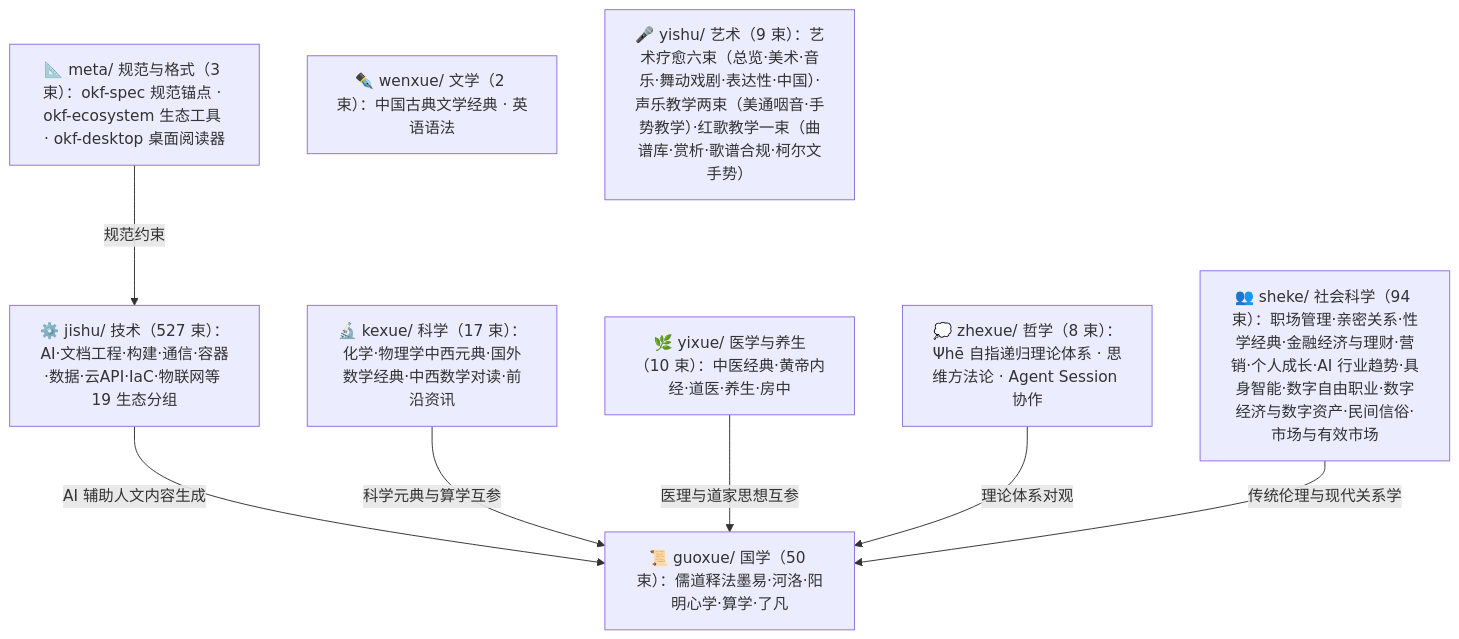
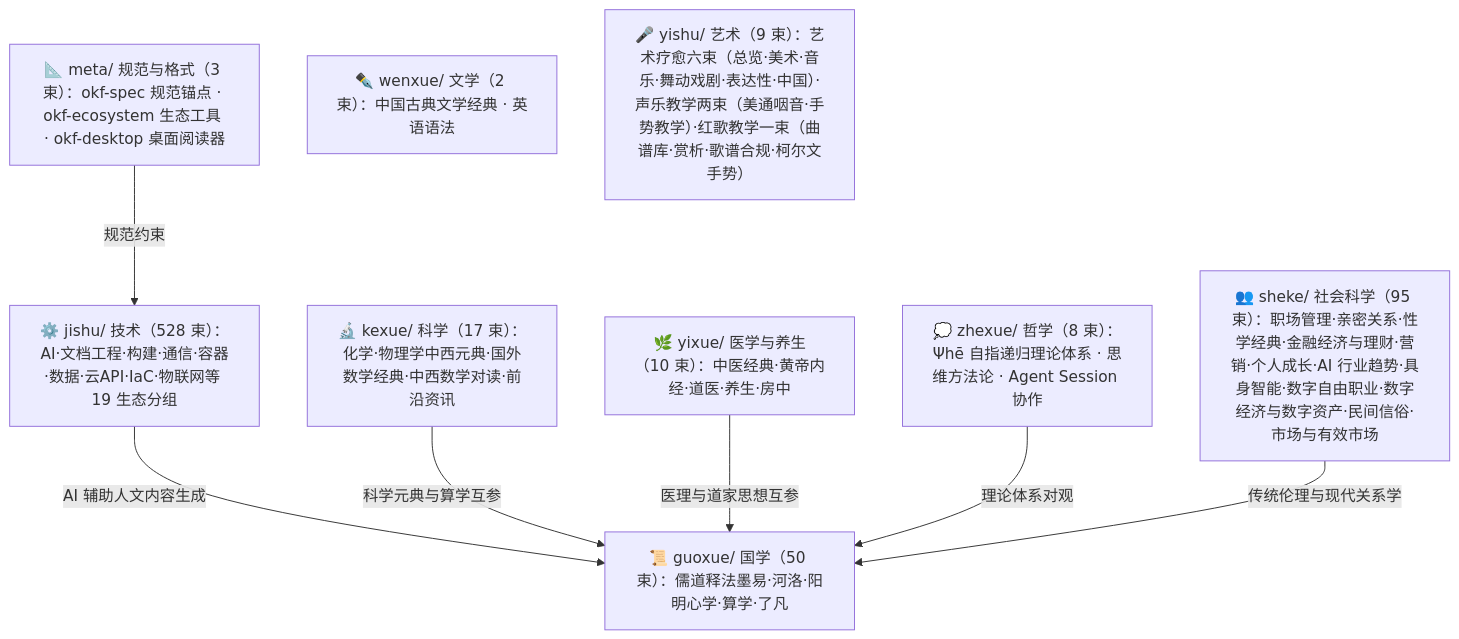
Before and after one commit to awesome-flexloop/awesome-okf: the diagram in doc/bundles/index.md, drawn with Mermaid. The commit also changed other lines of this file and 44 other files, not shown here.

````diff
--- a/doc/bundles/index.md
+++ b/doc/bundles/index.md
@@ -21,18 +21,18 @@
 ```mermaid
 flowchart TD
     meta["📐 meta/ 规范与格式（3 束）：okf-spec 规范锚点 · okf-ecosystem 生态工具 · okf-desktop 桌面阅读器"]
     guoxue["📜 guoxue/ 国学（50 束）：儒道释法墨易·河洛·阳明心学·算学·了凡"]
     zhexue["💭 zhexue/ 哲学（8 束）：Ψhē 自指递归理论体系 · 思维方法论 · Agent Session 协作"]
     kexue["🔬 kexue/ 科学（17 束）：化学·物理学中西元典·国外数学经典·中西数学对读·前沿资讯"]
     wenxue["✒️ wenxue/ 文学（2 束）：中国古典文学经典 · 英语语法"]
     yixue["🌿 yixue/ 医学与养生（10 束）：中医经典·黄帝内经·道医·养生·房中"]
-    sheke["👥 sheke/ 社会科学（94 束）：职场管理·亲密关系·性学经典·金融经济与理财·营销·个人成长·AI 行业趋势·具身智能·数字自由职业·数字经济与数字资产·民间信俗·市场与有效市场"]
+    sheke["👥 sheke/ 社会科学（95 束）：职场管理·亲密关系·性学经典·金融经济与理财·营销·个人成长·AI 行业趋势·具身智能·数字自由职业·数字经济与数字资产·民间信俗·市场与有效市场"]
     yishu["🎤 yishu/ 艺术（9 束）：艺术疗愈六束（总览·美术·音乐·舞动戏剧·表达性·中国）·声乐教学两束（美通咽音·手势教学）·红歌教学一束（曲谱库·赏析·歌谱合规·柯尔文手势）"]
-    jishu["⚙️ jishu/ 技术（527 束）：AI·文档工程·构建·通信·容器·数据·云API·IaC·物联网等 19 生态分组"]
+    jishu["⚙️ jishu/ 技术（528 束）：AI·文档工程·构建·通信·容器·数据·云API·IaC·物联网等 19 生态分组"]
     meta -->|"规范约束"| jishu
     jishu -->|"AI 辅助人文内容生成"| guoxue
     kexue -->|"科学元典与算学互参"| guoxue
     yixue -->|"医理与道家思想互参"| guoxue
     zhexue -->|"理论体系对观"| guoxue
     sheke -->|"传统伦理与现代关系学"| guoxue
 ```
````
